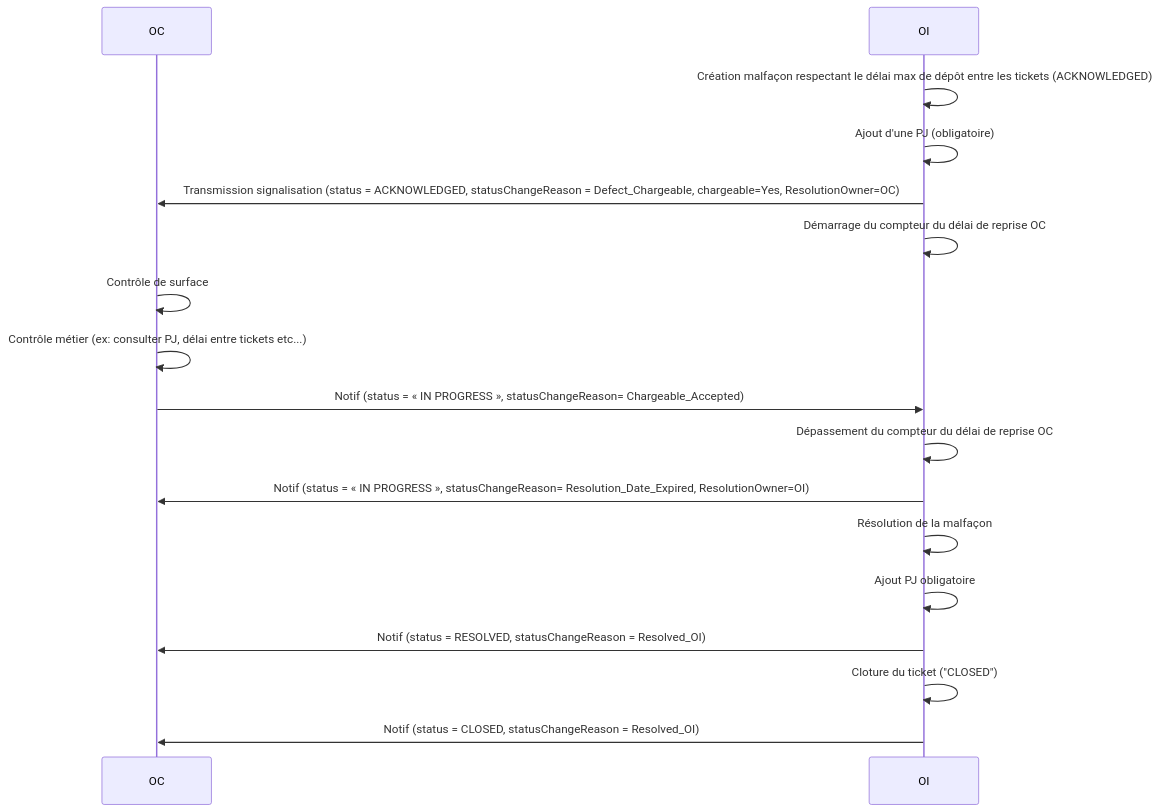
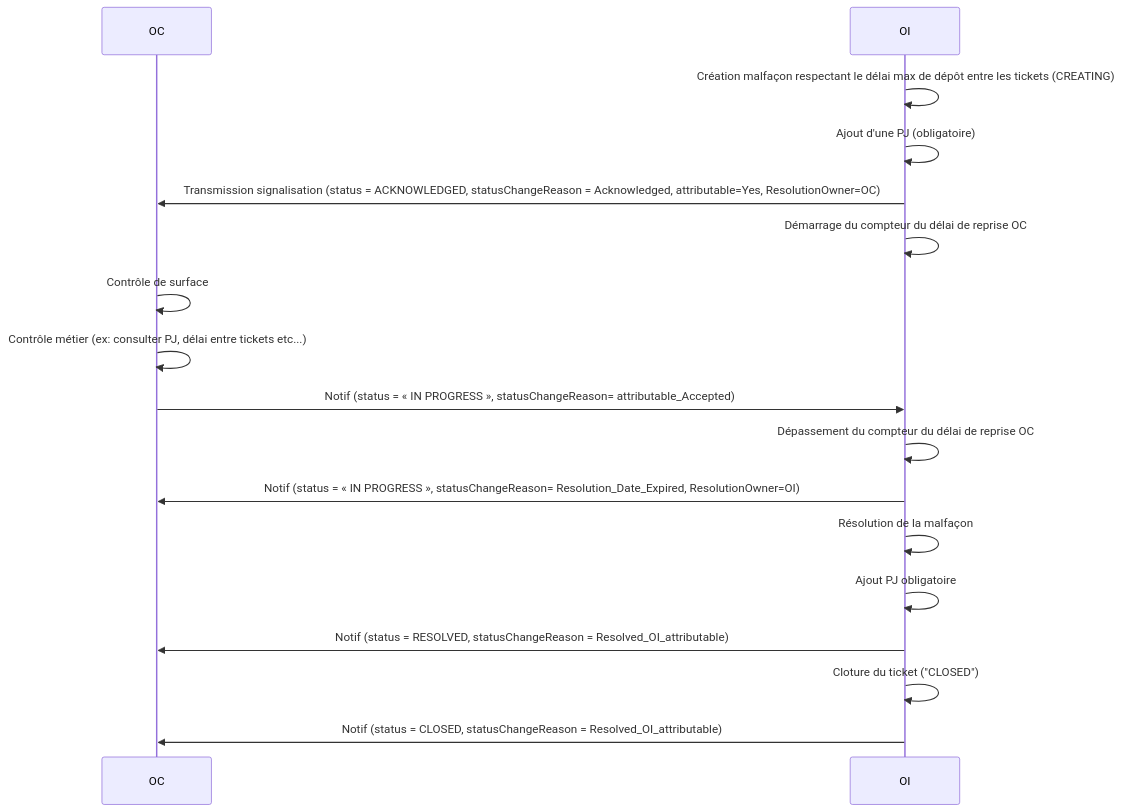
One commit to before-interop/malfacon changed the third of 12 diagrams in README.md. Above: the diagram before and after it, drawn with Mermaid. The commit also changed other lines of this file and 6 other files, not shown here.

````diff
--- a/README.md
+++ b/README.md
@@ -370,21 +452,21 @@
 ```mermaid
 sequenceDiagram
 
   participant OC
   participant OI
 
-  OI->>OI: Création malfaçon respectant le délai max de dépôt entre les tickets (ACKNOWLEDGED)
+  OI->>OI: Création malfaçon respectant le délai max de dépôt entre les tickets (CREATING)
   OI->>OI: Ajout d'une PJ (obligatoire)
-  OI->>OC: Transmission signalisation (status = ACKNOWLEDGED, statusChangeReason = Defect_Chargeable, chargeable=Yes, ResolutionOwner=OC)
+  OI->>OC: Transmission signalisation (status = ACKNOWLEDGED, statusChangeReason = Acknowledged, attributable=Yes, ResolutionOwner=OC)
   OI->>OI: Démarrage du compteur du délai de reprise OC
   OC->>OC: Contrôle de surface
   OC->>OC: Contrôle métier (ex: consulter PJ, délai entre tickets etc...)
-  OC->>OI: Notif (status = « IN PROGRESS », statusChangeReason= Chargeable_Accepted)
+  OC->>OI: Notif (status = « IN PROGRESS », statusChangeReason= attributable_Accepted)
   OI->>OI: Dépassement du compteur du délai de reprise OC
-  OI->>OC: Notif (status = « IN PROGRESS », statusChangeReason= Resolution_Date_Expired, ResolutionOwner=OI)
+  OI->>OC: Notif (status = « IN PROGRESS », statusChangeReason= Resolution_Date_Expired, ResolutionOwner=OI)
   OI->>OI: Résolution de la malfaçon
   OI->>OI: Ajout PJ obligatoire
-  OI->>OC: Notif (status = RESOLVED, statusChangeReason = Resolved_OI)
+  OI->>OC: Notif (status = RESOLVED, statusChangeReason = Resolved_OI_attributable)
   OI->>OI: Cloture du ticket ("CLOSED")
-  OI->>OC: Notif (status = CLOSED, statusChangeReason = Resolved_OI)
+  OI->>OC: Notif (status = CLOSED, statusChangeReason = Resolved_OI_attributable)
 ```
````
